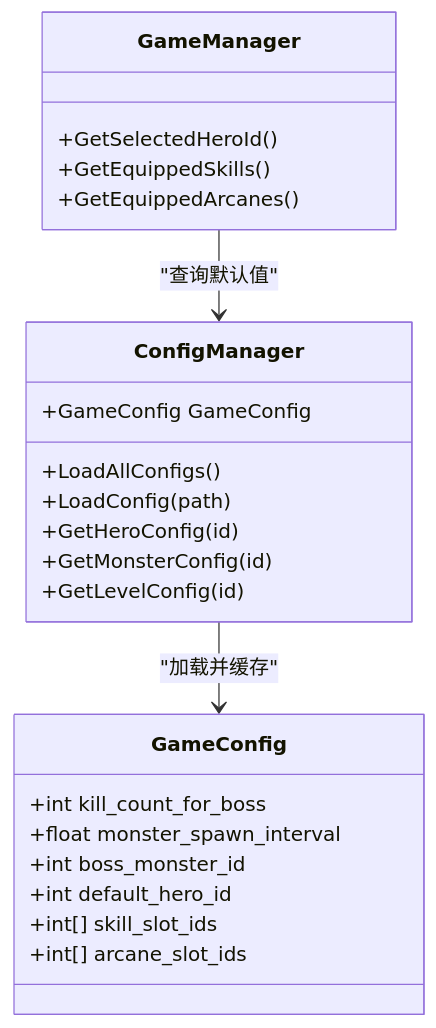
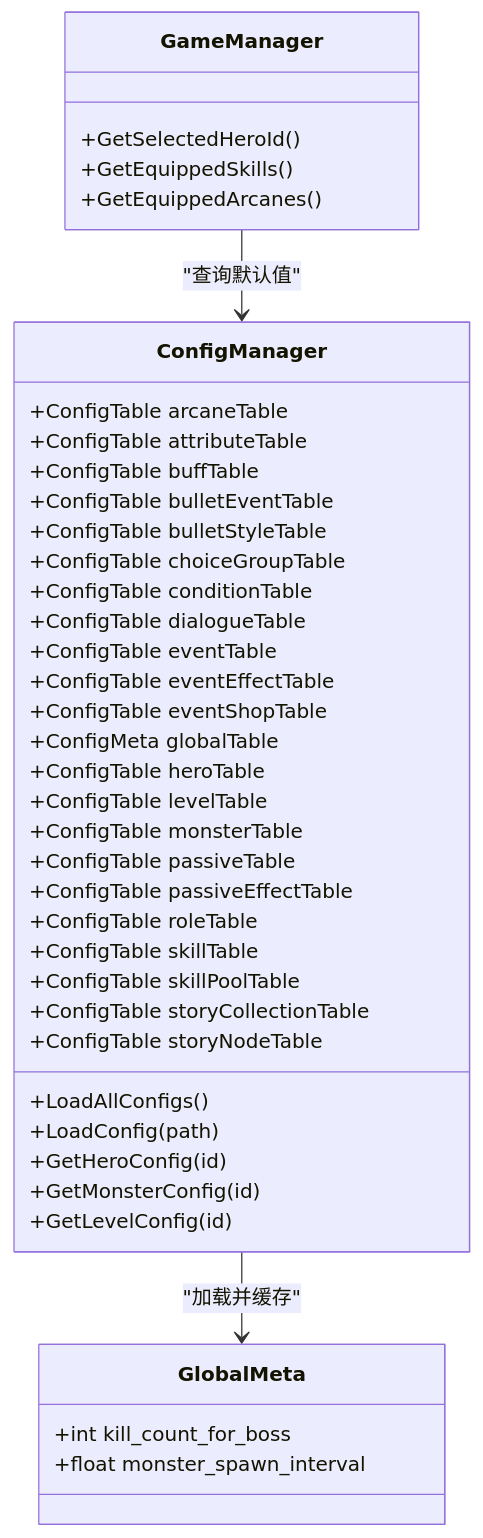
Before and after one commit to Tuusen/p1_client: the third of 5 diagrams in .qoder/repowiki/zh/content/配置管理系统/配置文件类型/全局配置文件.md, drawn with Mermaid. The commit also changed other lines of this file and 85 other files, not shown here.

````diff
--- a/.qoder/repowiki/zh/content/配置管理系统/配置文件类型/全局配置文件.md
+++ b/.qoder/repowiki/zh/content/配置管理系统/配置文件类型/全局配置文件.md
@@ -164,26 +142,43 @@
 ```mermaid
 classDiagram
 class ConfigManager {
-+GameConfig GameConfig
++ConfigTable<ArcaneConfig, ArcaneMeta> arcaneTable
++ConfigTable<AttributeConfig> attributeTable
++ConfigTable<BuffConfig> buffTable
++ConfigTable<BulletEventConfig> bulletEventTable
++ConfigTable<BulletStyleConfig> bulletStyleTable
++ConfigTable<ChoiceGroupConfig> choiceGroupTable
++ConfigTable<ConditionConfig> conditionTable
++ConfigTable<DialogueConfig> dialogueTable
++ConfigTable<EventConfig> eventTable
++ConfigTable<EventEffectConfig> eventEffectTable
++ConfigTable<EventShopConfig> eventShopTable
++ConfigMeta<GlobalMeta> globalTable
++ConfigTable<HeroConfig, HeroMeta> heroTable
++ConfigTable<LevelConfig> levelTable
++ConfigTable<MonsterConfig, MonsterMeta> monsterTable
++ConfigTable<PassiveConfig> passiveTable
++ConfigTable<PassiveEffectConfig> passiveEffectTable
++ConfigTable<RoleConfig> roleTable
++ConfigTable<SkillConfig, SkillMeta> skillTable
++ConfigTable<SkillPoolConfig> skillPoolTable
++ConfigTable<StoryCollectionConfig> storyCollectionTable
++ConfigTable<StoryNodeConfig> storyNodeTable
 +LoadAllConfigs()
 +LoadConfig(path)
 +GetHeroConfig(id)
 +GetMonsterConfig(id)
 +GetLevelConfig(id)
 }
-class GameConfig {
+class GlobalMeta {
 +int kill_count_for_boss
 +float monster_spawn_interval
-+int boss_monster_id
-+int default_hero_id
-+int[] skill_slot_ids
-+int[] arcane_slot_ids
 }
 class GameManager {
 +GetSelectedHeroId()
 +GetEquippedSkills()
 +GetEquippedArcanes()
 }
-ConfigManager --> GameConfig : "加载并缓存"
+ConfigManager --> GlobalMeta : "加载并缓存"
 GameManager --> ConfigManager : "查询默认值"
 ```
````
